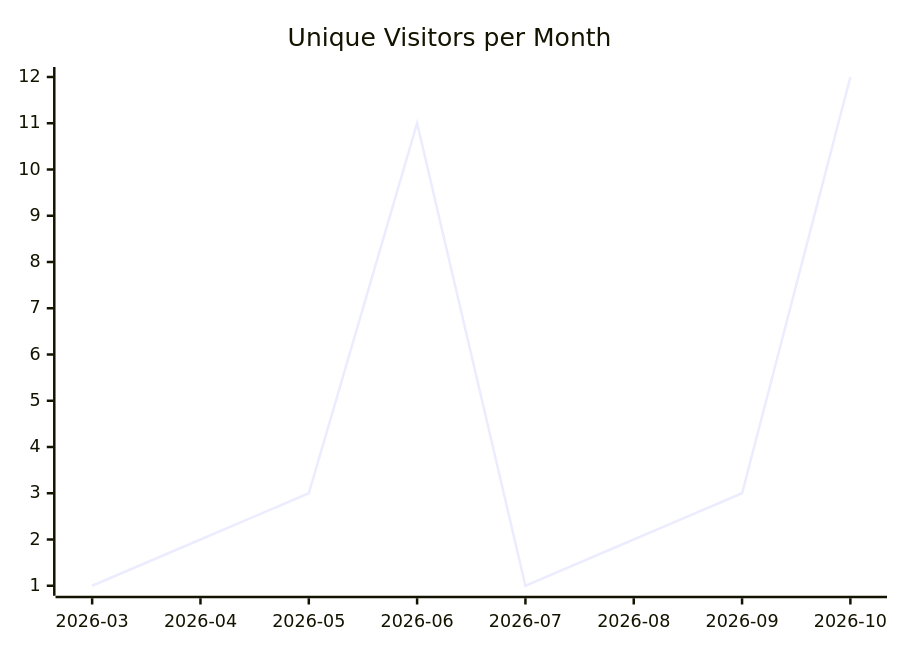
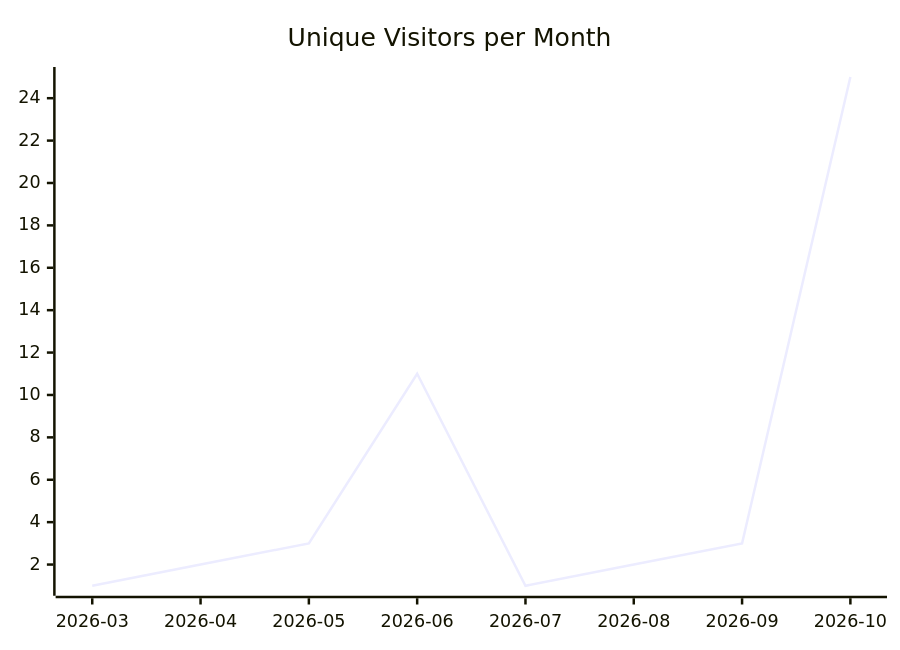
Before and after one commit to justdavis-family/github-analytics-data: the first of 3 diagrams in karlmdavis/justdavis-ansible/README.md, drawn with Mermaid. The commit also changed other lines of this file and 202 other files, not shown here.

````diff
--- a/karlmdavis/justdavis-ansible/README.md
+++ b/karlmdavis/justdavis-ansible/README.md
@@ -5,6 +5,6 @@
 ```mermaid
 xychart-beta
   title "Unique Visitors per Month"
   x-axis ["2026-03", "2026-04", "2026-05", "2026-06", "2026-07", "2026-08", "2026-09", "2026-10"]
-  line [1, 2, 3, 11, 1, 2, 3, 12]
+  line [1, 2, 3, 11, 1, 2, 3, 25]
 ```
````
